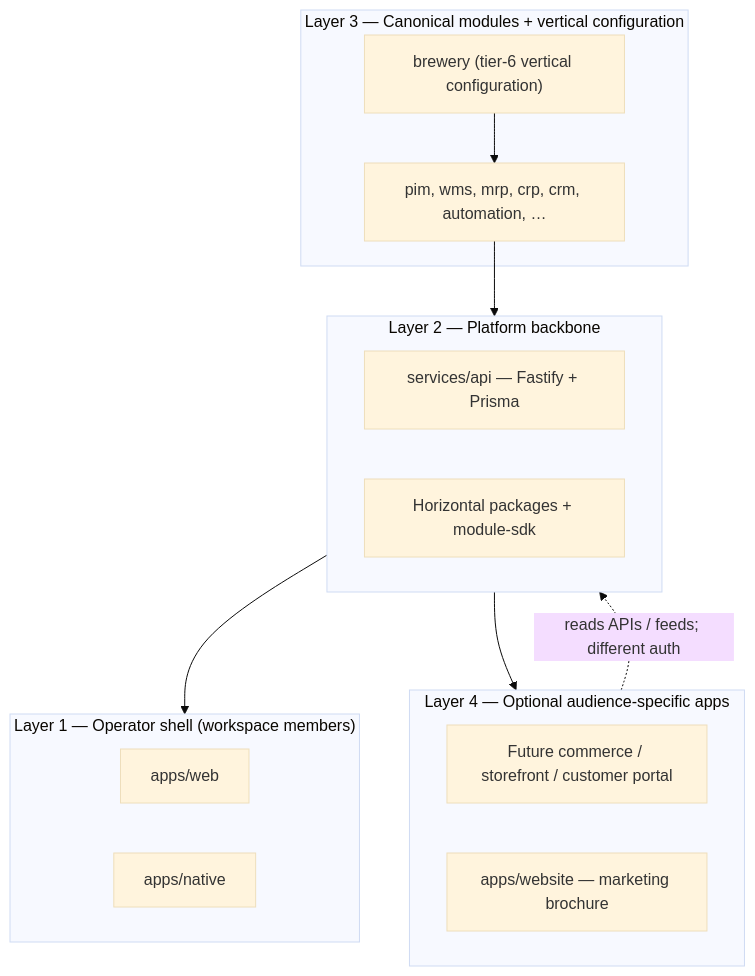
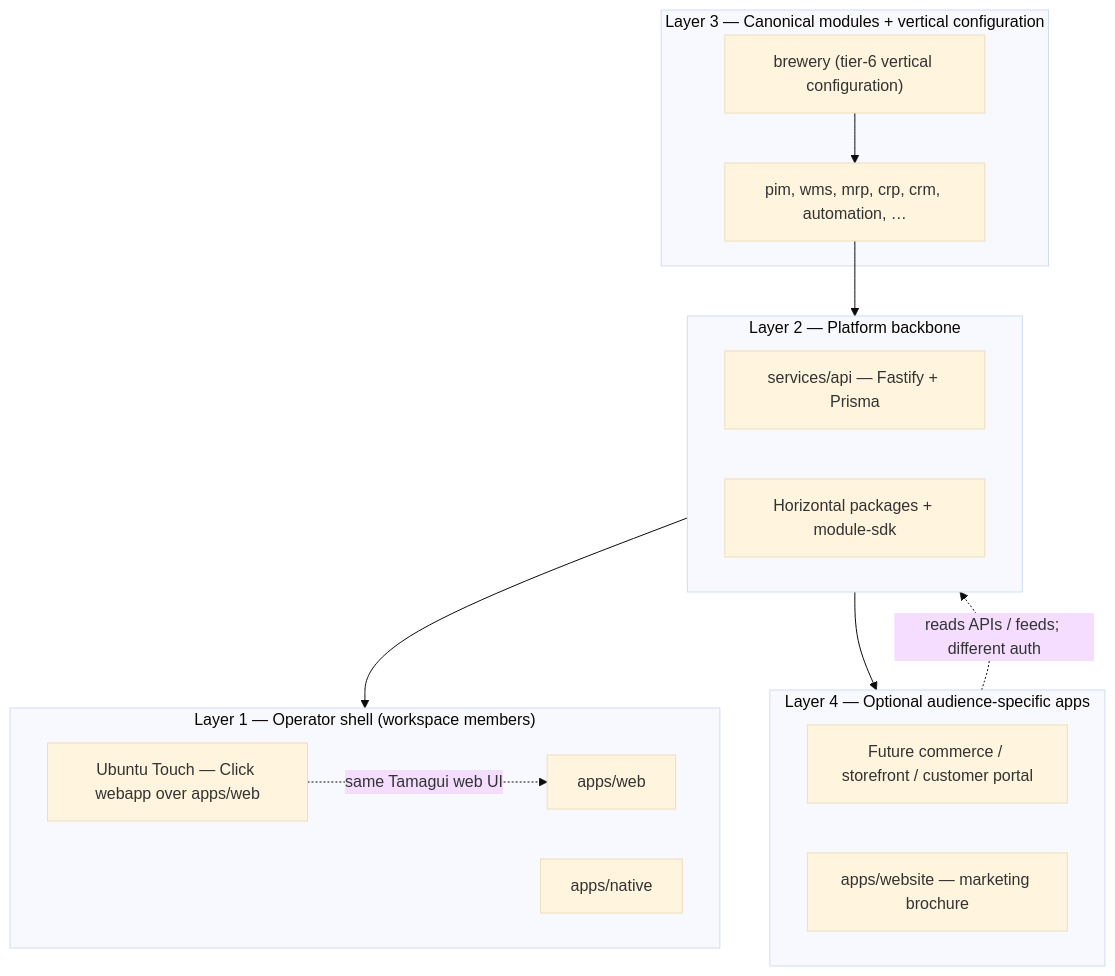
Before and after one commit to umbraculum-dev/umbraculum-dev: the diagram in docs/design/application-surfaces-vs-platform-backbone.md, drawn with Mermaid (base theme). The commit also changed other lines of this file and 34 other files, not shown here.

First line of the commit message:
docs(ubuntu-touch): shell strategy and reference Click webapp package

````diff
--- a/docs/design/application-surfaces-vs-platform-backbone.md
+++ b/docs/design/application-surfaces-vs-platform-backbone.md
@@ -26,28 +26,30 @@
 ```mermaid
 flowchart TB
   subgraph audience4["Layer 4 — Optional audience-specific apps"]
     storefront["Future commerce / storefront / customer portal"]
     brochure["apps/website — marketing brochure"]
   end
 
   subgraph audience1["Layer 1 — Operator shell (workspace members)"]
     web["apps/web"]
     native["apps/native"]
+    ut["Ubuntu Touch — Click webapp over apps/web"]
   end
 
   subgraph modules["Layer 3 — Canonical modules + vertical configuration"]
     canonical["pim, wms, mrp, crp, crm, automation, …"]
     vertical["brewery (tier-6 vertical configuration)"]
   end
 
   subgraph backbone["Layer 2 — Platform backbone"]
     api["services/api — Fastify + Prisma"]
     horizontal["Horizontal packages + module-sdk"]
   end
 
   vertical --> canonical
   canonical --> backbone
   backbone --> audience1
+  ut -.->|"same Tamagui web UI"| web
   backbone --> audience4
   audience4 -.->|"reads APIs / feeds; different auth"| backbone
 ```
````
